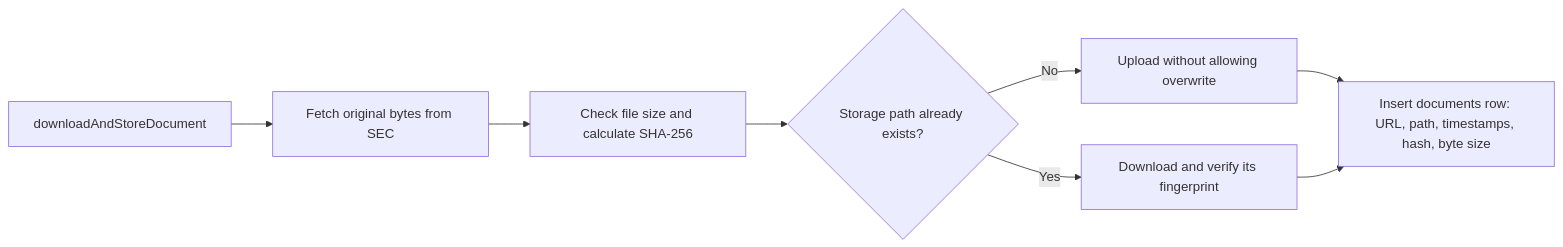
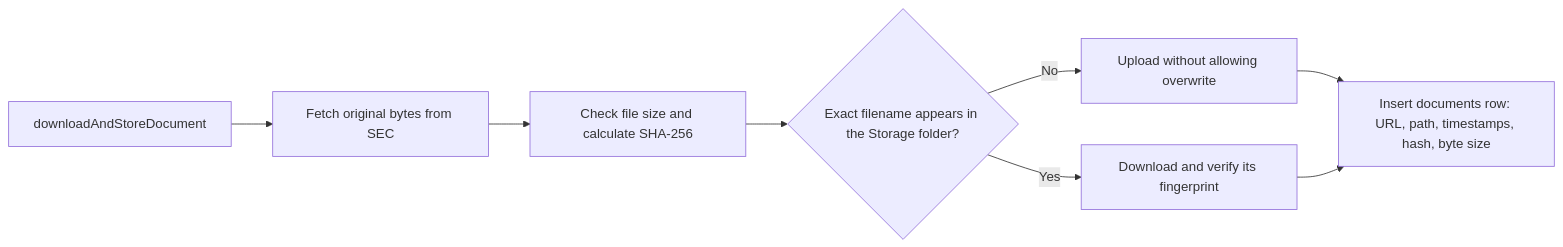
Before and after one commit to thstamod/chiron-core: the seventh of 12 diagrams in docs/visual-guide.md, drawn with Mermaid. The commit also changed other lines of this file and 9 other files, not shown here.

````diff
--- a/docs/visual-guide.md
+++ b/docs/visual-guide.md
@@ -183,10 +183,10 @@
 ```mermaid
 flowchart LR
     A[downloadAndStoreDocument] --> B[Fetch original bytes from SEC]
     B --> C[Check file size and calculate SHA-256]
-    C --> D{Storage path already exists?}
+    C --> D{Exact filename appears in the Storage folder?}
     D -->|No| E[Upload without allowing overwrite]
     D -->|Yes| F[Download and verify its fingerprint]
     E --> G[Insert documents row: URL, path, timestamps, hash, byte size]
     F --> G
 ```
````
